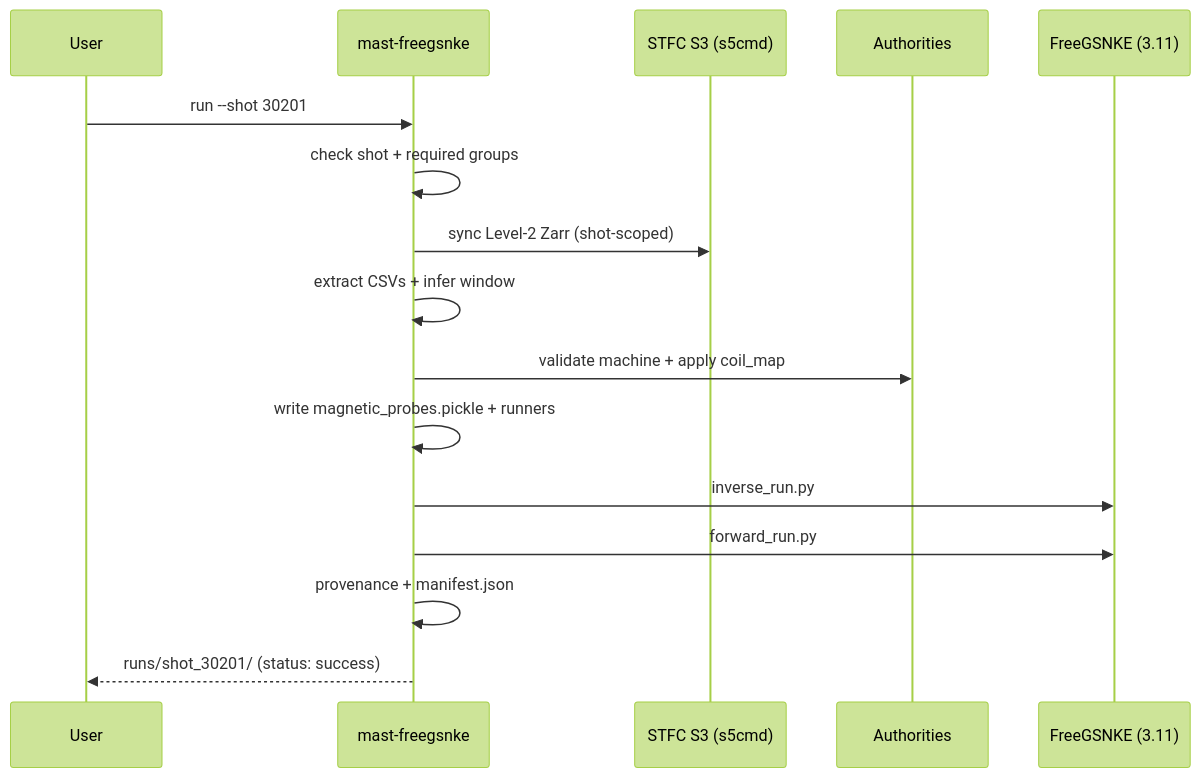
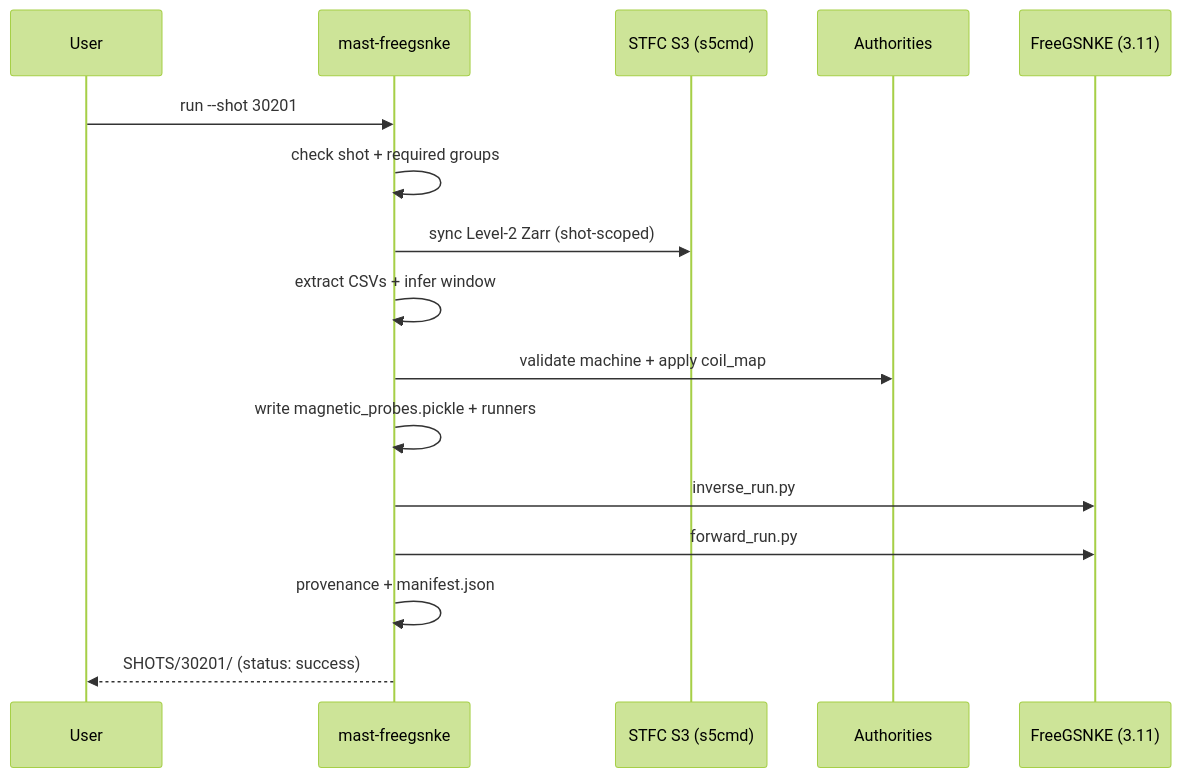
The third of 3 diagrams in README.md (afshin-arj/Fair-MAST-to-FreeGSNKE-Conversion-tool), drawn with Mermaid (forest theme) before and after one commit. The commit also changed other lines of this file and 19 other files, not shown here.

First line of the commit message:
feat: multi-shot launcher, SHOTS/<N> outputs, and window authority fixes (v10.1.3)

````diff
--- a/README.md
+++ b/README.md
@@ -172,19 +172,19 @@
 ```mermaid
 sequenceDiagram
   participant User
   participant CLI as mast-freegsnke
   participant S3 as STFC S3 (s5cmd)
   participant Auth as Authorities
   participant FG as FreeGSNKE (3.11)
 
   User->>CLI: run --shot 30201
   CLI->>CLI: check shot + required groups
   CLI->>S3: sync Level-2 Zarr (shot-scoped)
   CLI->>CLI: extract CSVs + infer window
   CLI->>Auth: validate machine + apply coil_map
   CLI->>CLI: write magnetic_probes.pickle + runners
   CLI->>FG: inverse_run.py
   CLI->>FG: forward_run.py
   CLI->>CLI: provenance + manifest.json
-  CLI-->>User: runs/shot_30201/ (status: success)
+  CLI-->>User: SHOTS/30201/ (status: success)
 ```
````
